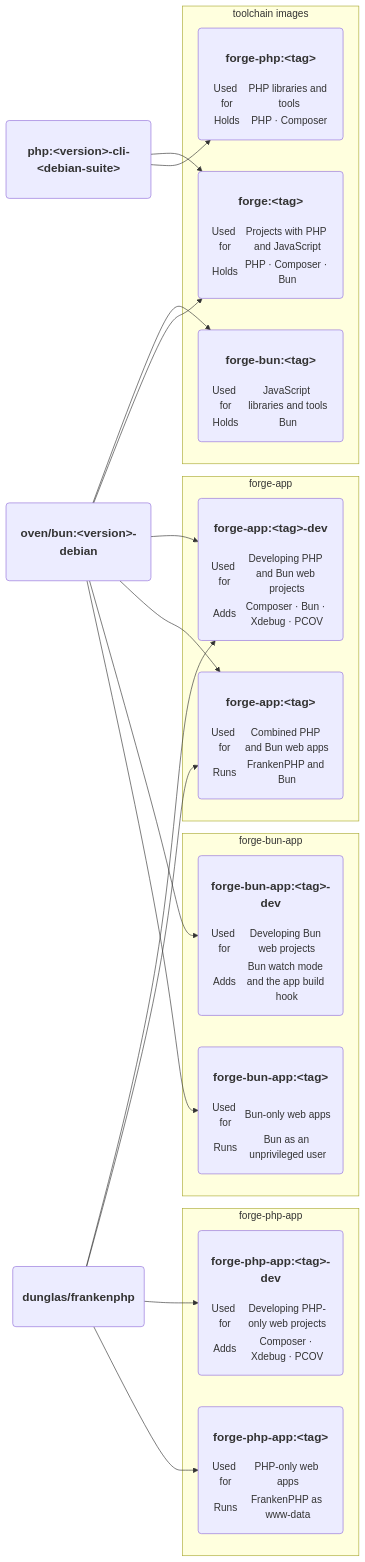
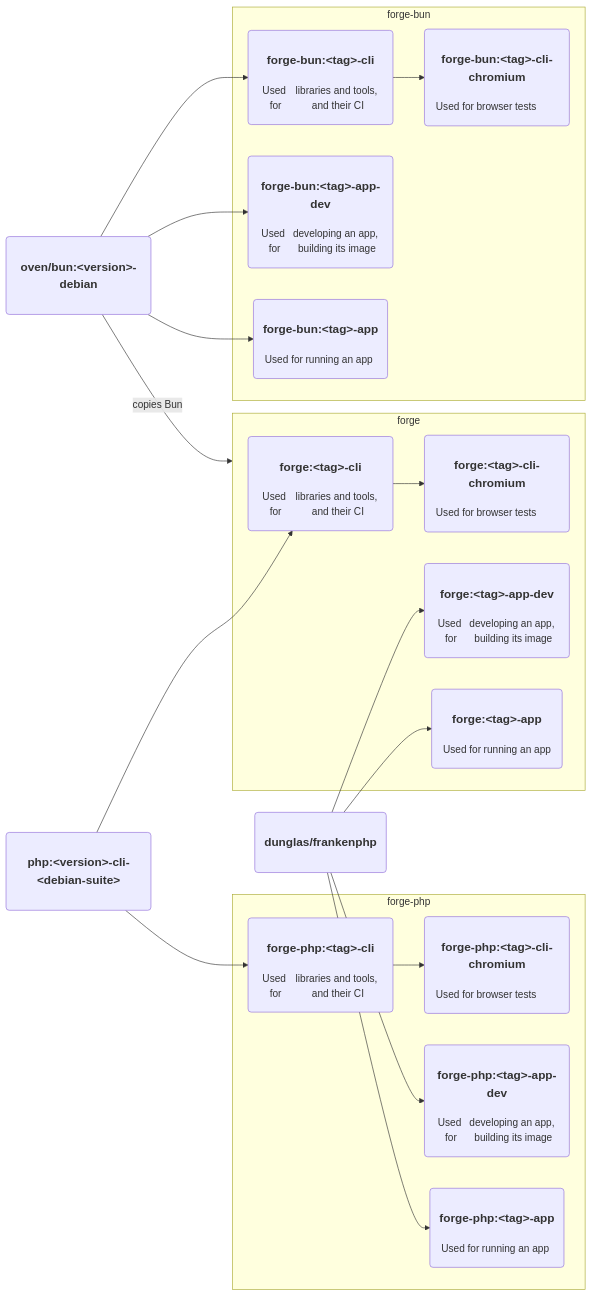
The diagram in docs/images/index.md (brnshkr/forge), drawn with Mermaid before and after one commit. The commit also changed other lines of this file and 127 other files, not shown here.

````diff
--- a/docs/images/index.md
+++ b/docs/images/index.md
@@ -7,43 +42,44 @@
 ```mermaid
 %%{init: {
   'themeCSS': 'h3 {margin: 0} table {border-collapse: collapse; margin: 0.4em 0 0} td {border-top: 1px solid #666; padding: 0.3em 0.6em; text-align: right; vertical-align: top} td:first-child {white-space: nowrap; color: #888} td:last-child {text-align: left}'
 }}%%
 flowchart LR
   php("<h3>php:&lt;version&gt;-cli-&lt;debian-suite&gt;</h3>")
+  frankenphp("<h3>dunglas/frankenphp</h3>")
   bun("<h3>oven/bun:&lt;version&gt;-debian</h3>")
-  frankenphp("<h3>dunglas/frankenphp</h3>")
 
-  subgraph phpAppRuntime [forge-php-app]
-    phpAppDev("<h3>forge-php-app:&lt;tag&gt;-dev</h3><table><tr><td>Used for</td><td>Developing PHP-only web projects</td></tr><tr><td>Adds</td><td>Composer · Xdebug · PCOV</td></tr></table>")
-    phpApp("<h3>forge-php-app:&lt;tag&gt;</h3><table><tr><td>Used for</td><td>PHP-only web apps</td></tr><tr><td>Runs</td><td>FrankenPHP as www-data</td></tr></table>")
+  subgraph forgeStack [forge]
+    forgeCli("<h3>forge:&lt;tag&gt;-cli</h3><table><tr><td>Used for</td><td>libraries and tools, and their CI</td></tr></table>")
+    forgeCliChromium("<h3>forge:&lt;tag&gt;-cli-chromium</h3><table><tr><td>Used for</td><td>browser tests</td></tr></table>")
+    forgeAppDev("<h3>forge:&lt;tag&gt;-app-dev</h3><table><tr><td>Used for</td><td>developing an app, building its image</td></tr></table>")
+    forgeApp("<h3>forge:&lt;tag&gt;-app</h3><table><tr><td>Used for</td><td>running an app</td></tr></table>")
   end
 
-  subgraph bunAppRuntime [forge-bun-app]
-    bunAppDev("<h3>forge-bun-app:&lt;tag&gt;-dev</h3><table><tr><td>Used for</td><td>Developing Bun web projects</td></tr><tr><td>Adds</td><td>Bun watch mode and the app build hook</td></tr></table>")
-    bunApp("<h3>forge-bun-app:&lt;tag&gt;</h3><table><tr><td>Used for</td><td>Bun-only web apps</td></tr><tr><td>Runs</td><td>Bun as an unprivileged user</td></tr></table>")
+  subgraph forgePhpStack [forge-php]
+    forgePhpCli("<h3>forge-php:&lt;tag&gt;-cli</h3><table><tr><td>Used for</td><td>libraries and tools, and their CI</td></tr></table>")
+    forgePhpCliChromium("<h3>forge-php:&lt;tag&gt;-cli-chromium</h3><table><tr><td>Used for</td><td>browser tests</td></tr></table>")
+    forgePhpAppDev("<h3>forge-php:&lt;tag&gt;-app-dev</h3><table><tr><td>Used for</td><td>developing an app, building its image</td></tr></table>")
+    forgePhpApp("<h3>forge-php:&lt;tag&gt;-app</h3><table><tr><td>Used for</td><td>running an app</td></tr></table>")
   end
 
-  subgraph appRuntime [forge-app]
-    appDev("<h3>forge-app:&lt;tag&gt;-dev</h3><table><tr><td>Used for</td><td>Developing PHP and Bun web projects</td></tr><tr><td>Adds</td><td>Composer · Bun · Xdebug · PCOV</td></tr></table>")
-    app("<h3>forge-app:&lt;tag&gt;</h3><table><tr><td>Used for</td><td>Combined PHP and Bun web apps</td></tr><tr><td>Runs</td><td>FrankenPHP and Bun</td></tr></table>")
+  subgraph forgeBunStack [forge-bun]
+    forgeBunCli("<h3>forge-bun:&lt;tag&gt;-cli</h3><table><tr><td>Used for</td><td>libraries and tools, and their CI</td></tr></table>")
+    forgeBunCliChromium("<h3>forge-bun:&lt;tag&gt;-cli-chromium</h3><table><tr><td>Used for</td><td>browser tests</td></tr></table>")
+    forgeBunAppDev("<h3>forge-bun:&lt;tag&gt;-app-dev</h3><table><tr><td>Used for</td><td>developing an app, building its image</td></tr></table>")
+    forgeBunApp("<h3>forge-bun:&lt;tag&gt;-app</h3><table><tr><td>Used for</td><td>running an app</td></tr></table>")
   end
 
-  subgraph toolchains [toolchain images]
-    forge("<h3>forge:&lt;tag&gt;</h3><table><tr><td>Used for</td><td>Projects with PHP and JavaScript</td></tr><tr><td>Holds</td><td>PHP · Composer · Bun</td></tr></table>")
-    forgePhp("<h3>forge-php:&lt;tag&gt;</h3><table><tr><td>Used for</td><td>PHP libraries and tools</td></tr><tr><td>Holds</td><td>PHP · Composer</td></tr></table>")
-    forgeBun("<h3>forge-bun:&lt;tag&gt;</h3><table><tr><td>Used for</td><td>JavaScript libraries and tools</td></tr><tr><td>Holds</td><td>Bun</td></tr></table>")
-  end
-
-  php --> forge
-  php --> forgePhp
-  bun --> forgeBun
-  bun --> forge
-  frankenphp --> appDev
-  frankenphp --> app
-  bun --> appDev
-  bun --> app
-  frankenphp --> phpAppDev
-  frankenphp --> phpApp
-  bun --> bunAppDev
-  bun --> bunApp
+  php --> forgeCli
+  php --> forgePhpCli
+  frankenphp --> forgeAppDev
+  frankenphp --> forgeApp
+  frankenphp --> forgePhpAppDev
+  frankenphp --> forgePhpApp
+  bun --> forgeBunCli
+  bun --> forgeBunAppDev
+  bun --> forgeBunApp
+  bun -->|copies Bun| forgeStack
+  forgeCli --> forgeCliChromium
+  forgePhpCli --> forgePhpCliChromium
+  forgeBunCli --> forgeBunCliChromium
 ```
````
